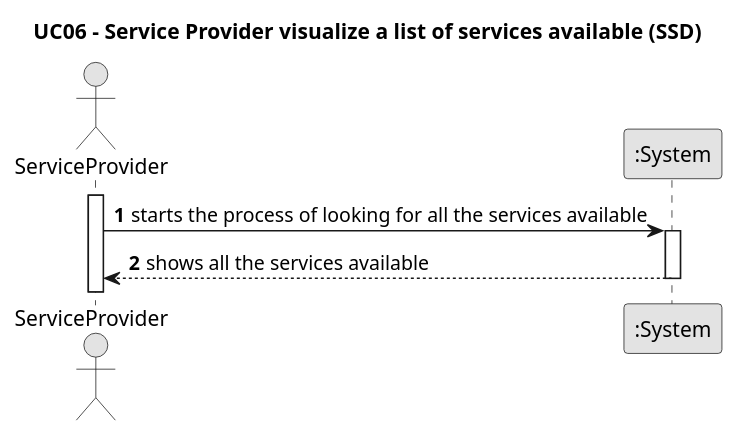
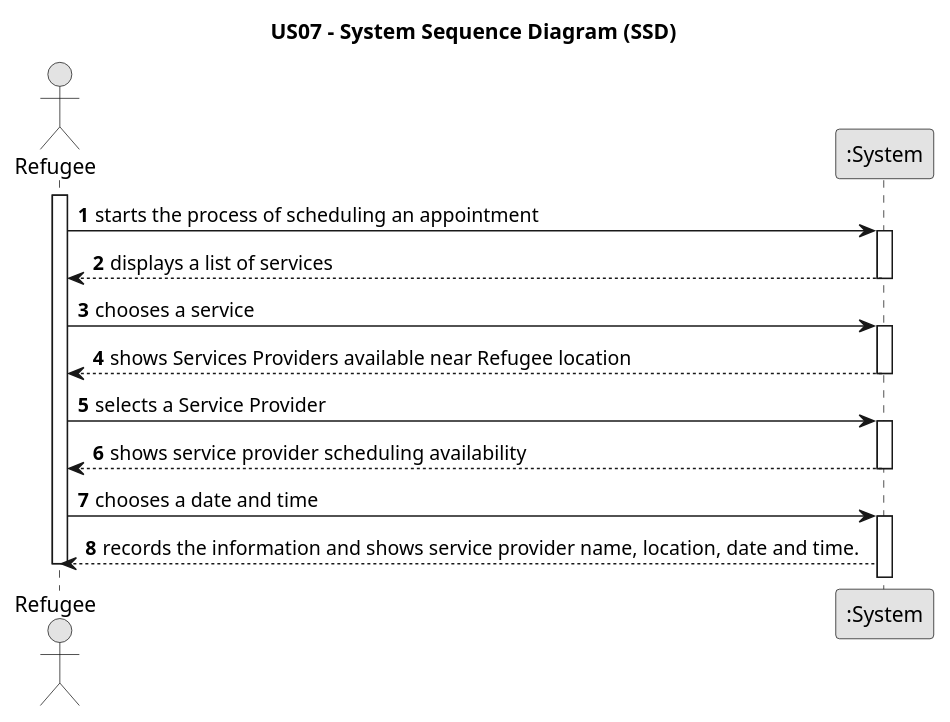
One commit to Chirano/GladlyGiven changed the diagram in javaSprint2GladlyGiven/Docs/UseCases/uc06/us06-SSD.puml. Above: the diagram before and after it, drawn with PlantUML. The commit also changed 49 other files, not shown here.

```diff
--- a/javaSprint2GladlyGiven/Docs/UseCases/uc06/us06-SSD.puml
+++ b/javaSprint2GladlyGiven/Docs/UseCases/uc06/us06-SSD.puml
@@ -1,19 +1,36 @@
 @startuml
-
 skinparam monochrome true
 skinparam packageStyle rectangle
 skinparam shadowing false
 
-title UC06 - Service Provider visualize a list of services available (SSD)
+title US07 - System Sequence Diagram (SSD)
 
 autonumber
 
-actor ServiceProvider
+actor Refugee
 participant ":System" as System
 
-activate ServiceProvider
-    ServiceProvider -> System : starts the process of looking for all the services available
+activate Refugee
+    Refugee -> System : starts the process of scheduling an appointment
     activate System
-        System --> ServiceProvider : shows all the services available
+        System --> Refugee : displays a list of services
     deactivate System
+
+    Refugee -> System : chooses a service
+
+    activate System
+        System --> Refugee : shows Services Providers available near Refugee location
+    deactivate System
+    Refugee -> System : selects a Service Provider
+
+    activate System
+        System --> Refugee : shows service provider scheduling availability
+    deactivate System
+
+    Refugee -> System: chooses a date and time
+    activate System
+        System --> Refugee: records the information and shows service provider name, location, date and time.
+
+deactivate Refugee
+
 @enduml
```
